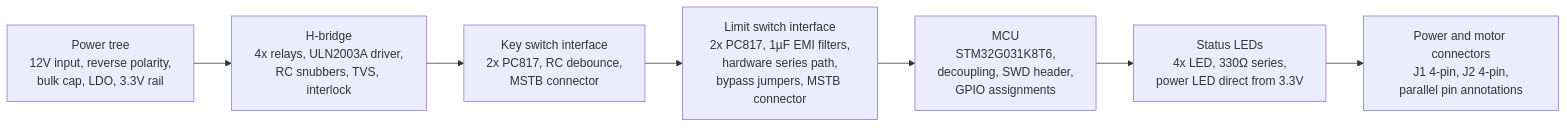
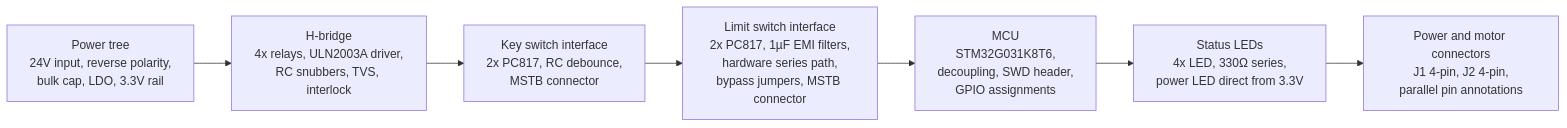
Before and after one commit to gonzafernan/pool-cover-control: the second of 3 diagrams in ROADMAP.md, drawn with Mermaid. The commit also changed other lines of this file and 4 other files, not shown here.

Commit message:
feat(hardware): implement SC1 power tree schematic

````diff
--- a/ROADMAP.md
+++ b/ROADMAP.md
@@ -63,12 +63,12 @@
 ```mermaid
 flowchart LR
-    SC1["Power tree\n12V input, reverse polarity,\nbulk cap, LDO, 3.3V rail"]
+    SC1["Power tree\n24V input, reverse polarity,\nbulk cap, LDO, 3.3V rail"]
     SC2["H-bridge\n4x relays, ULN2003A driver,\nRC snubbers, TVS, interlock"]
     SC3["Key switch interface\n2x PC817, RC debounce,\nMSTB connector"]
     SC4["Limit switch interface\n2x PC817, 1µF EMI filters,\nhardware series path,\nbypass jumpers, MSTB connector"]
     SC5["MCU\nSTM32G031K8T6,\ndecoupling, SWD header,\nGPIO assignments"]
     SC6["Status LEDs\n4x LED, 330Ω series,\npower LED direct from 3.3V"]
     SC7["Power and motor connectors\nJ1 4-pin, J2 4-pin,\nparallel pin annotations"]
 
     SC1 --> SC2 --> SC3 --> SC4 --> SC5 --> SC6 --> SC7
 ```
````
